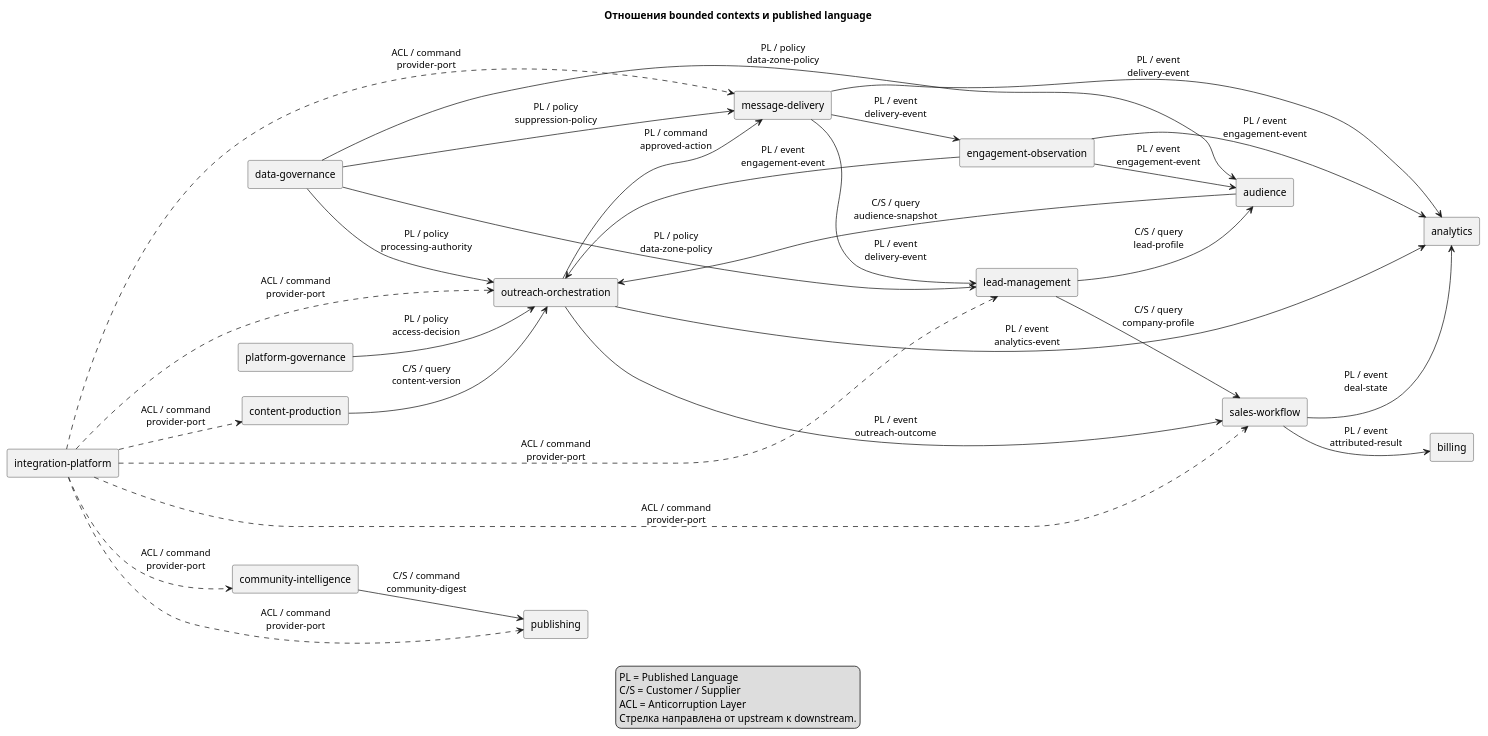
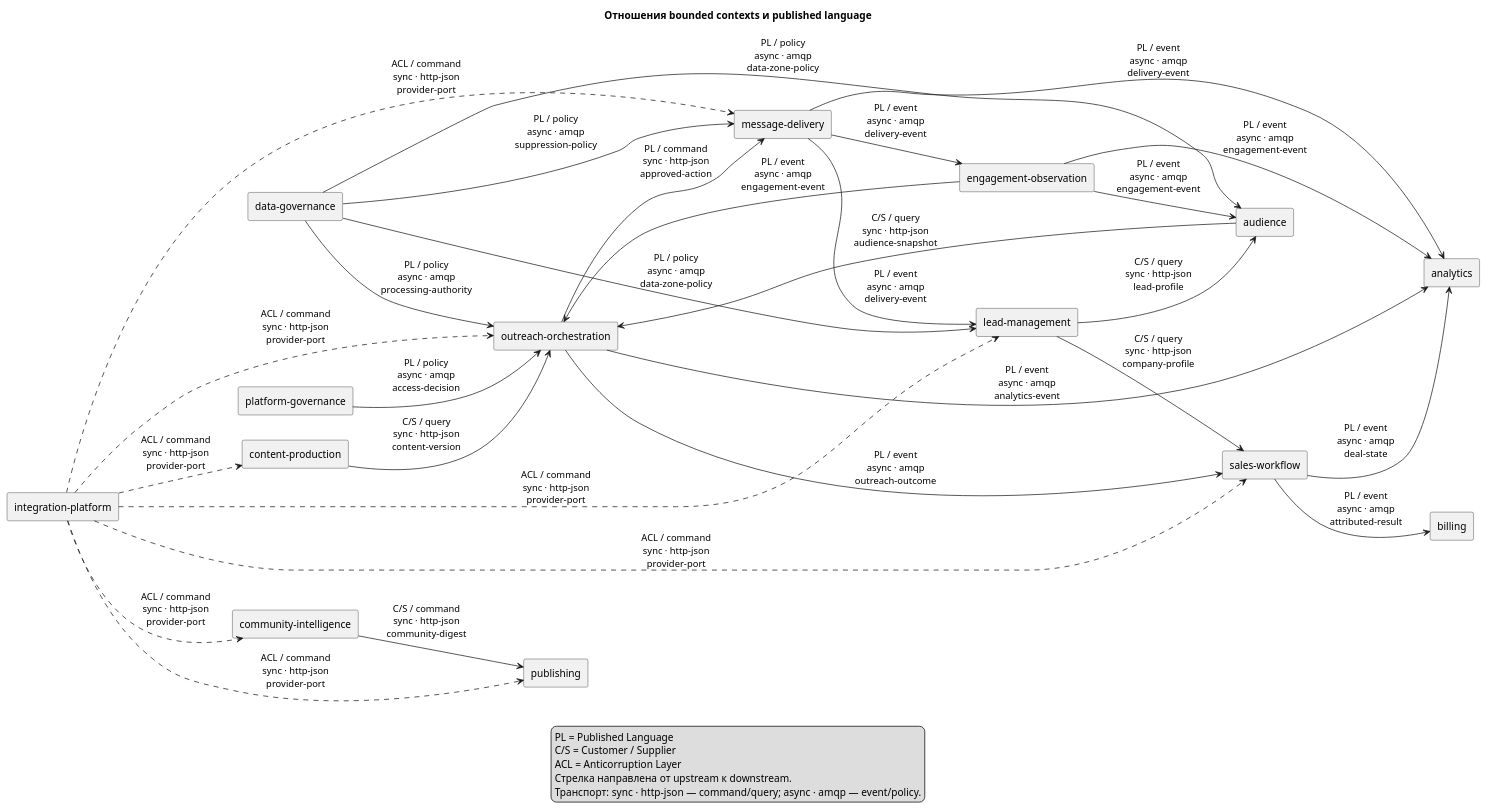
One commit to kegazani/lead-gen changed the diagram in architecture/diagrams/context-relationships.puml. Above: the diagram before and after it, drawn with PlantUML. The commit also changed 6 other files, not shown here.

```diff
--- a/architecture/diagrams/context-relationships.puml
+++ b/architecture/diagrams/context-relationships.puml
@@ -1,73 +1,74 @@
 @startuml context-relationships
 title Отношения bounded contexts и published language
 left to right direction
 skinparam componentStyle rectangle
 skinparam shadowing false
 
 rectangle "platform-governance" as Platform
 rectangle "data-governance" as Governance
 rectangle "lead-management" as Leads
 rectangle "audience" as Audience
 rectangle "content-production" as Content
 rectangle "outreach-orchestration" as Outreach
 rectangle "message-delivery" as Delivery
 rectangle "engagement-observation" as Engagement
 rectangle "sales-workflow" as Sales
 rectangle "community-intelligence" as Community
 rectangle "publishing" as Publishing
 rectangle "analytics" as Analytics
 rectangle "billing" as Billing
 rectangle "integration-platform" as Integration
 
-Governance --> Leads : PL / policy\ndata-zone-policy
-Governance --> Outreach : PL / policy\nprocessing-authority
-Governance --> Delivery : PL / policy\nsuppression-policy
-Governance --> Audience : PL / policy\ndata-zone-policy
-Leads --> Audience : C/S / query\nlead-profile
-Leads --> Sales : C/S / query\ncompany-profile
-Audience --> Outreach : C/S / query\naudience-snapshot
-Content --> Outreach : C/S / query\ncontent-version
-Outreach --> Delivery : PL / command\napproved-action
-Delivery --> Engagement : PL / event\ndelivery-event
-Delivery --> Leads : PL / event\ndelivery-event
-Engagement --> Outreach : PL / event\nengagement-event
-Engagement --> Audience : PL / event\nengagement-event
-Outreach --> Sales : PL / event\noutreach-outcome
-Sales --> Billing : PL / event\nattributed-result
-Community --> Publishing : C/S / command\ncommunity-digest
-Outreach --> Analytics : PL / event\nanalytics-event
-Delivery --> Analytics : PL / event\ndelivery-event
-Engagement --> Analytics : PL / event\nengagement-event
-Sales --> Analytics : PL / event\ndeal-state
-Platform --> Outreach : PL / policy\naccess-decision
+Governance --> Leads : PL / policy\nasync · amqp\ndata-zone-policy
+Governance --> Outreach : PL / policy\nasync · amqp\nprocessing-authority
+Governance --> Delivery : PL / policy\nasync · amqp\nsuppression-policy
+Governance --> Audience : PL / policy\nasync · amqp\ndata-zone-policy
+Leads --> Audience : C/S / query\nsync · http-json\nlead-profile
+Leads --> Sales : C/S / query\nsync · http-json\ncompany-profile
+Audience --> Outreach : C/S / query\nsync · http-json\naudience-snapshot
+Content --> Outreach : C/S / query\nsync · http-json\ncontent-version
+Outreach --> Delivery : PL / command\nsync · http-json\napproved-action
+Delivery --> Engagement : PL / event\nasync · amqp\ndelivery-event
+Delivery --> Leads : PL / event\nasync · amqp\ndelivery-event
+Engagement --> Outreach : PL / event\nasync · amqp\nengagement-event
+Engagement --> Audience : PL / event\nasync · amqp\nengagement-event
+Outreach --> Sales : PL / event\nasync · amqp\noutreach-outcome
+Sales --> Billing : PL / event\nasync · amqp\nattributed-result
+Community --> Publishing : C/S / command\nsync · http-json\ncommunity-digest
+Outreach --> Analytics : PL / event\nasync · amqp\nanalytics-event
+Delivery --> Analytics : PL / event\nasync · amqp\ndelivery-event
+Engagement --> Analytics : PL / event\nasync · amqp\nengagement-event
+Sales --> Analytics : PL / event\nasync · amqp\ndeal-state
+Platform --> Outreach : PL / policy\nasync · amqp\naccess-decision
 
-Integration ..> Leads : ACL / command\nprovider-port
-Integration ..> Content : ACL / command\nprovider-port
-Integration ..> Delivery : ACL / command\nprovider-port
-Integration ..> Sales : ACL / command\nprovider-port
-Integration ..> Community : ACL / command\nprovider-port
-Integration ..> Publishing : ACL / command\nprovider-port
-Integration ..> Outreach : ACL / command\nprovider-port
+Integration ..> Leads : ACL / command\nsync · http-json\nprovider-port
+Integration ..> Content : ACL / command\nsync · http-json\nprovider-port
+Integration ..> Delivery : ACL / command\nsync · http-json\nprovider-port
+Integration ..> Sales : ACL / command\nsync · http-json\nprovider-port
+Integration ..> Community : ACL / command\nsync · http-json\nprovider-port
+Integration ..> Publishing : ACL / command\nsync · http-json\nprovider-port
+Integration ..> Outreach : ACL / command\nsync · http-json\nprovider-port
 
 legend bottom
   PL = Published Language
   C/S = Customer / Supplier
   ACL = Anticorruption Layer
   Стрелка направлена от upstream к downstream.
+  Транспорт: sync · http-json — command/query; async · amqp — event/policy.
 endlegend
 
 ' CTX:platform-governance
 ' CTX:data-governance
 ' CTX:lead-management
 ' CTX:audience
 ' CTX:content-production
 ' CTX:outreach-orchestration
 ' CTX:message-delivery
 ' CTX:engagement-observation
 ' CTX:sales-workflow
 ' CTX:community-intelligence
 ' CTX:publishing
 ' CTX:analytics
 ' CTX:billing
 ' CTX:integration-platform
 @enduml
```
